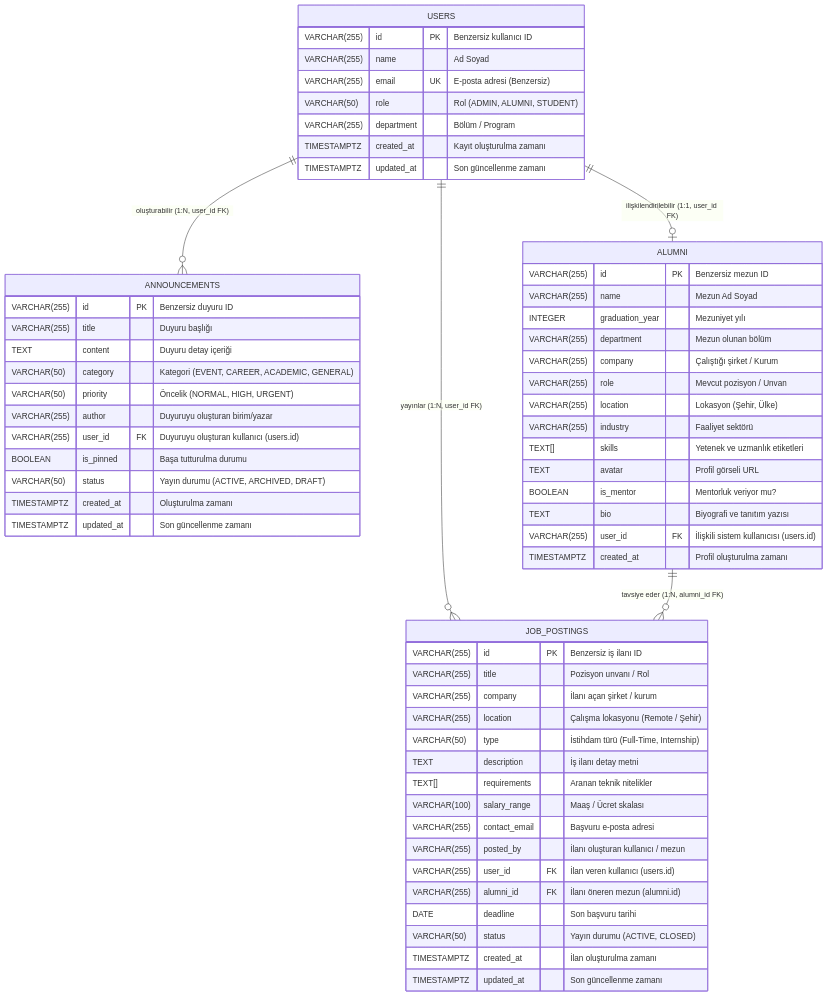
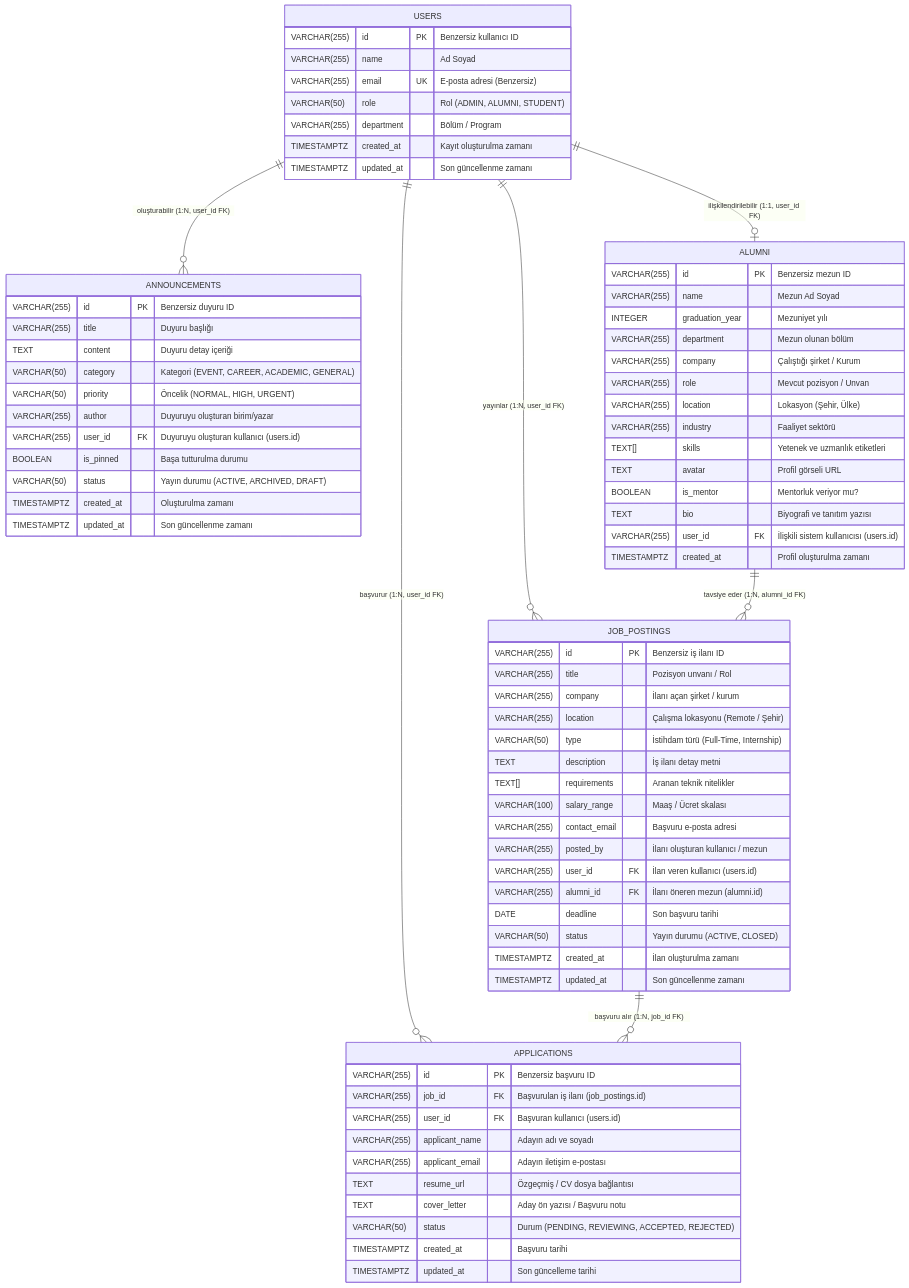
The first of 2 diagrams in ddd.md (erenkilic3/Alumni), drawn with Mermaid before and after one commit. The commit also changed other lines of this file, not shown here.

Commit message:
feat(db): update ddd.md with applications schema, migration 006, model, factory, and seeder

````diff
--- a/ddd.md
+++ b/ddd.md
@@ -11,67 +11,82 @@
 ```mermaid
 erDiagram
     USERS {
         VARCHAR(255) id PK "Benzersiz kullanıcı ID"
         VARCHAR(255) name "Ad Soyad"
         VARCHAR(255) email UK "E-posta adresi (Benzersiz)"
         VARCHAR(50) role "Rol (ADMIN, ALUMNI, STUDENT)"
         VARCHAR(255) department "Bölüm / Program"
         TIMESTAMPTZ created_at "Kayıt oluşturulma zamanı"
         TIMESTAMPTZ updated_at "Son güncellenme zamanı"
     }
 
     ANNOUNCEMENTS {
         VARCHAR(255) id PK "Benzersiz duyuru ID"
         VARCHAR(255) title "Duyuru başlığı"
         TEXT content "Duyuru detay içeriği"
         VARCHAR(50) category "Kategori (EVENT, CAREER, ACADEMIC, GENERAL)"
         VARCHAR(50) priority "Öncelik (NORMAL, HIGH, URGENT)"
         VARCHAR(255) author "Duyuruyu oluşturan birim/yazar"
         VARCHAR(255) user_id FK "Duyuruyu oluşturan kullanıcı (users.id)"
         BOOLEAN is_pinned "Başa tutturulma durumu"
         VARCHAR(50) status "Yayın durumu (ACTIVE, ARCHIVED, DRAFT)"
         TIMESTAMPTZ created_at "Oluşturulma zamanı"
         TIMESTAMPTZ updated_at "Son güncellenme zamanı"
     }
 
     ALUMNI {
         VARCHAR(255) id PK "Benzersiz mezun ID"
         VARCHAR(255) name "Mezun Ad Soyad"
         INTEGER graduation_year "Mezuniyet yılı"
         VARCHAR(255) department "Mezun olunan bölüm"
         VARCHAR(255) company "Çalıştığı şirket / Kurum"
         VARCHAR(255) role "Mevcut pozisyon / Unvan"
         VARCHAR(255) location "Lokasyon (Şehir, Ülke)"
         VARCHAR(255) industry "Faaliyet sektörü"
         TEXT[] skills "Yetenek ve uzmanlık etiketleri"
         TEXT avatar "Profil görseli URL"
         BOOLEAN is_mentor "Mentorluk veriyor mu?"
         TEXT bio "Biyografi ve tanıtım yazısı"
         VARCHAR(255) user_id FK "İlişkili sistem kullanıcısı (users.id)"
         TIMESTAMPTZ created_at "Profil oluşturulma zamanı"
     }
 
     JOB_POSTINGS {
         VARCHAR(255) id PK "Benzersiz iş ilanı ID"
         VARCHAR(255) title "Pozisyon unvanı / Rol"
         VARCHAR(255) company "İlanı açan şirket / kurum"
         VARCHAR(255) location "Çalışma lokasyonu (Remote / Şehir)"
         VARCHAR(50) type "İstihdam türü (Full-Time, Internship)"
         TEXT description "İş ilanı detay metni"
         TEXT[] requirements "Aranan teknik nitelikler"
         VARCHAR(100) salary_range "Maaş / Ücret skalası"
         VARCHAR(255) contact_email "Başvuru e-posta adresi"
         VARCHAR(255) posted_by "İlanı oluşturan kullanıcı / mezun"
         VARCHAR(255) user_id FK "İlan veren kullanıcı (users.id)"
         VARCHAR(255) alumni_id FK "İlanı öneren mezun (alumni.id)"
         DATE deadline "Son başvuru tarihi"
         VARCHAR(50) status "Yayın durumu (ACTIVE, CLOSED)"
         TIMESTAMPTZ created_at "İlan oluşturulma zamanı"
         TIMESTAMPTZ updated_at "Son güncellenme zamanı"
     }
 
+    APPLICATIONS {
+        VARCHAR(255) id PK "Benzersiz başvuru ID"
+        VARCHAR(255) job_id FK "Başvurulan iş ilanı (job_postings.id)"
+        VARCHAR(255) user_id FK "Başvuran kullanıcı (users.id)"
+        VARCHAR(255) applicant_name "Adayın adı ve soyadı"
+        VARCHAR(255) applicant_email "Adayın iletişim e-postası"
+        TEXT resume_url "Özgeçmiş / CV dosya bağlantısı"
+        TEXT cover_letter "Aday ön yazısı / Başvuru notu"
+        VARCHAR(50) status "Durum (PENDING, REVIEWING, ACCEPTED, REJECTED)"
+        TIMESTAMPTZ created_at "Başvuru tarihi"
+        TIMESTAMPTZ updated_at "Son güncelleme tarihi"
+    }
+
     USERS ||--o| ALUMNI : "ilişkilendirilebilir (1:1, user_id FK)"
     USERS ||--o{ ANNOUNCEMENTS : "oluşturabilir (1:N, user_id FK)"
     USERS ||--o{ JOB_POSTINGS : "yayınlar (1:N, user_id FK)"
     ALUMNI ||--o{ JOB_POSTINGS : "tavsiye eder (1:N, alumni_id FK)"
+    USERS ||--o{ APPLICATIONS : "başvurur (1:N, user_id FK)"
+    JOB_POSTINGS ||--o{ APPLICATIONS : "başvuru alır (1:N, job_id FK)"
 ```
````
